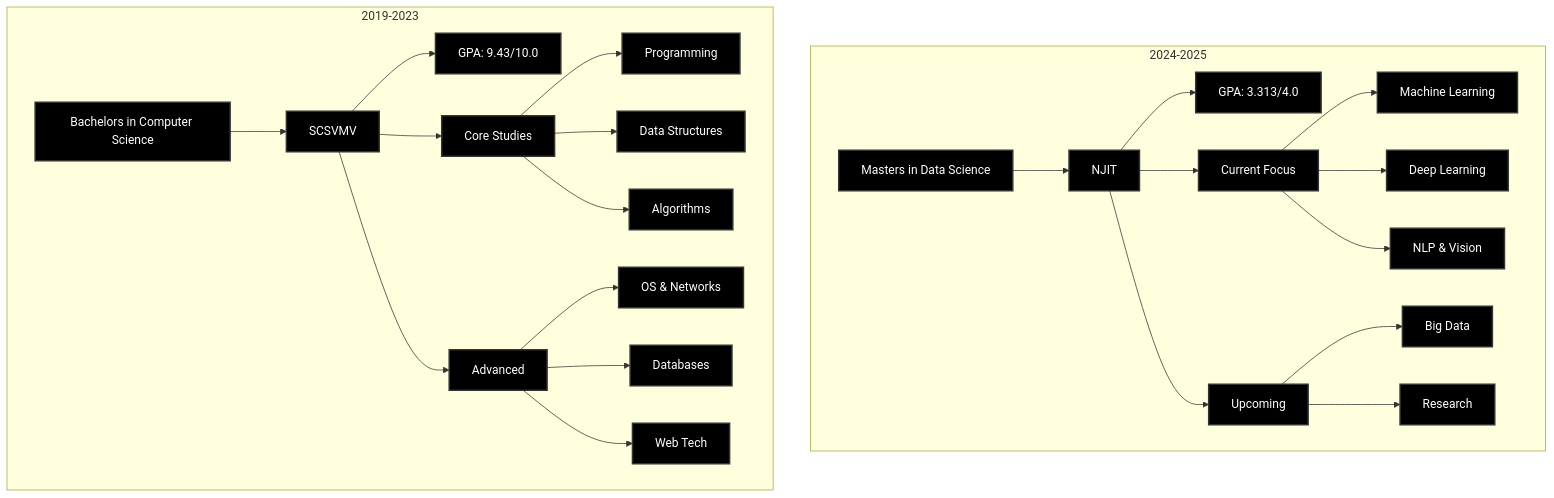
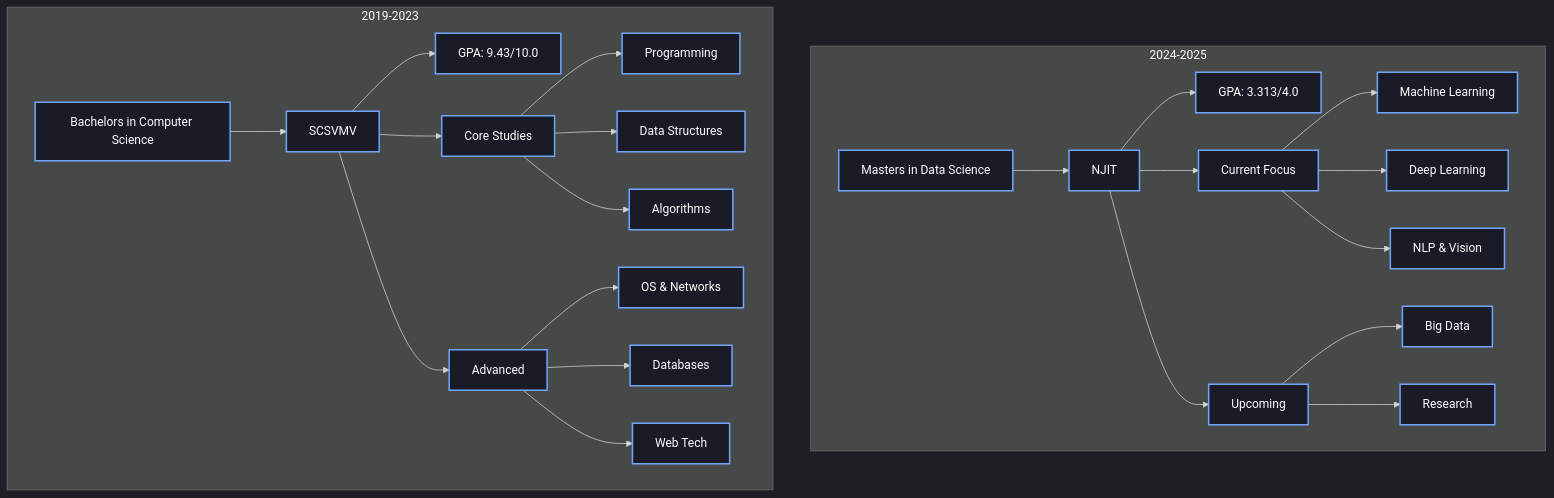
The first of 4 diagrams in README.md (saisrinivas194/saisrinivas194), drawn with Mermaid before and after one commit. The commit also changed other lines of this file, not shown here.

````diff
--- a/README.md
+++ b/README.md
@@ -41,31 +46,32 @@
 ```mermaid
+%%{init: { 'theme': 'dark', 'themeVariables': { 'fontFamily': 'monospace' }}}%%
 graph TB
-    classDef default fill:#000000,stroke:#333,stroke-width:2px,color:#ffffff;
+    classDef default fill:#1A1B27,stroke:#70A5FD,stroke-width:2px,color:#ffffff;
 
     subgraph 2024-2025
     A[Masters in Data Science]
     A --> B[NJIT]
     B --> C[GPA: 3.313/4.0]
     B --> D[Current Focus]
     D --> E[Machine Learning]
     D --> F[Deep Learning]
     D --> G[NLP & Vision]
     B --> H[Upcoming]
     H --> I[Big Data]
     H --> J[Research]
     end
 
     subgraph 2019-2023
     K[Bachelors in Computer Science]
     K --> L[SCSVMV]
     L --> M[GPA: 9.43/10.0]
     L --> N[Core Studies]
     N --> O[Programming]
     N --> P[Data Structures]
     N --> Q[Algorithms]
     L --> R[Advanced]
     R --> S[OS & Networks]
     R --> T[Databases]
     R --> U[Web Tech]
     end
 ```
````
